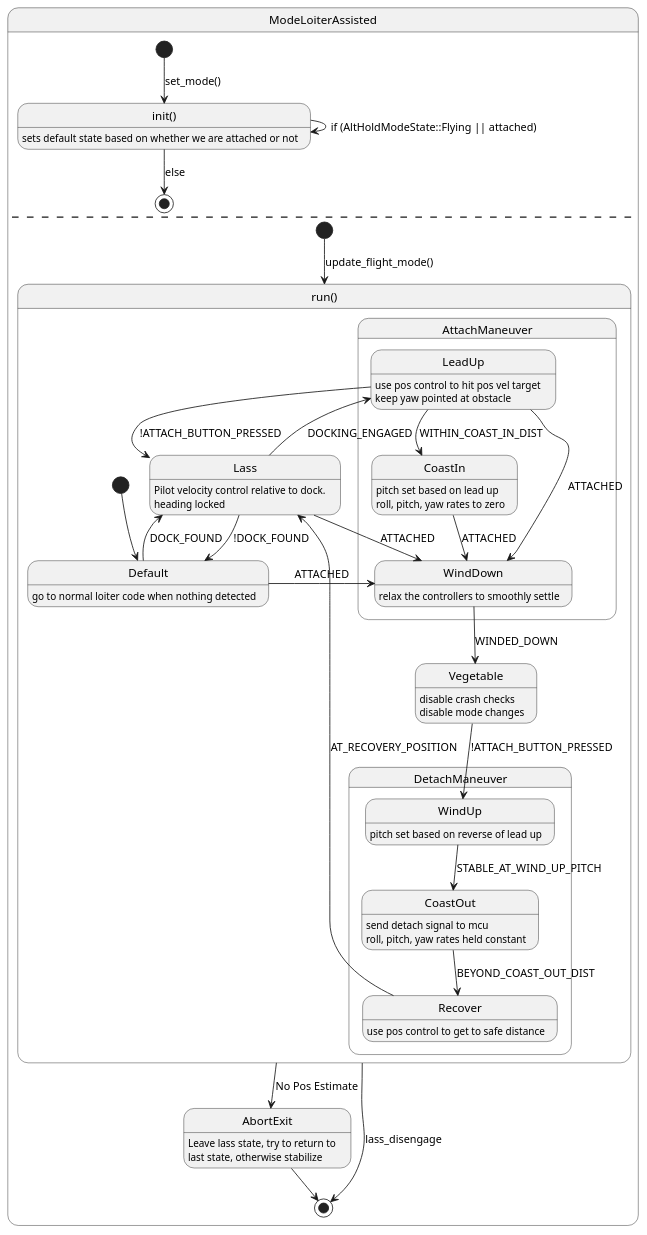
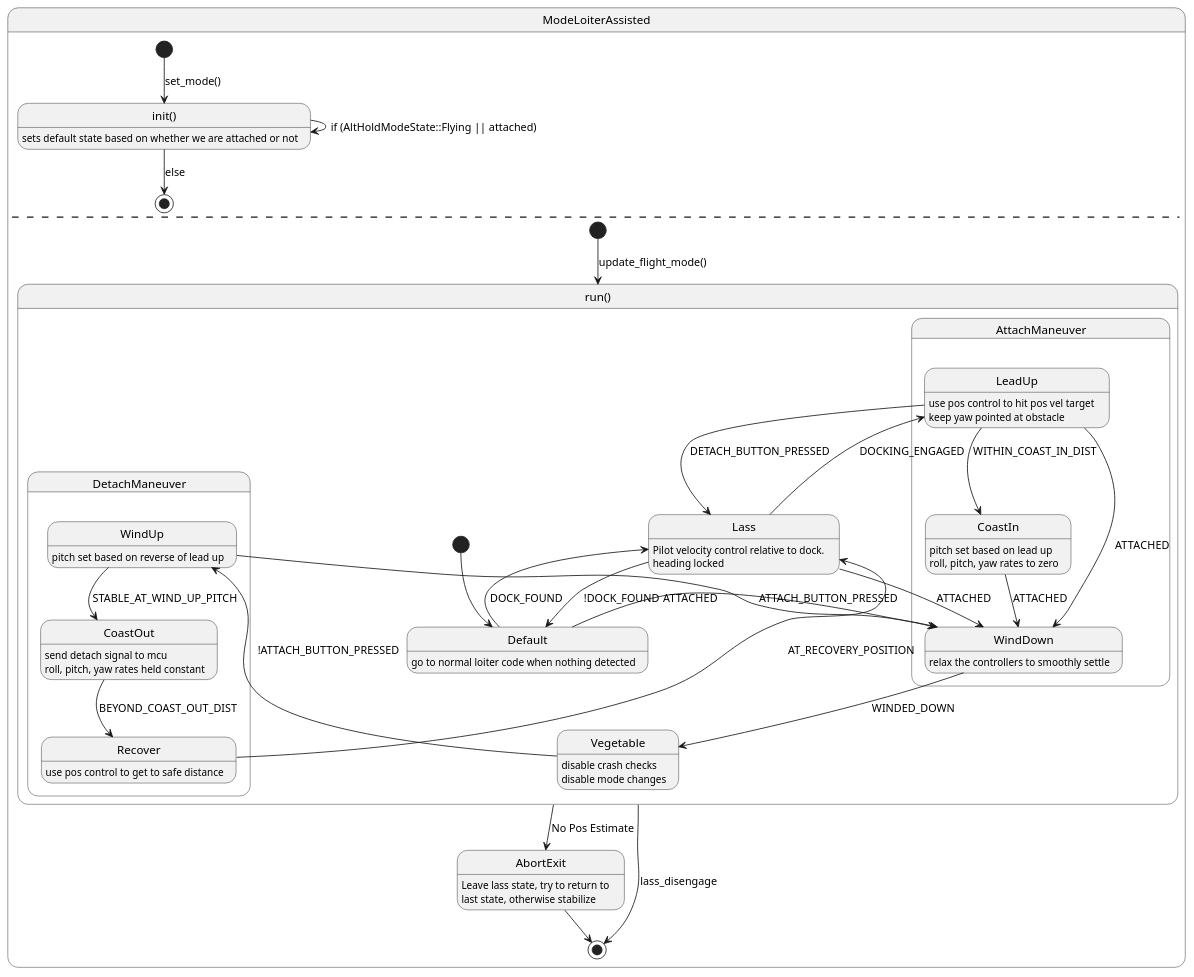
One commit to Persimia/ardupilot changed the diagram in notes/lass-state-machine.wsd. Above: the diagram before and after it, drawn with PlantUML. The commit also changed 1 other file, not shown here.

```diff
--- a/notes/lass-state-machine.wsd
+++ b/notes/lass-state-machine.wsd
@@ -1,94 +1,95 @@
 @startuml Lass State Machine
 
 
 state ModeLoiterAssisted {
 
 ' States
 state "init()" as init: \
 sets default state based on whether we are attached or not
 
 ' Transitions
 [*] --> init : set_mode()
 init --> [*] : else
 init --> init : if (AltHoldModeState::Flying || attached)
 
 ' ==========================
 --
 
 state "run()" as run{
 
 ' States
 state Lass: \
 Pilot velocity control relative to dock. \n\
 heading locked
 
 State AttachManeuver {
 State LeadUp: \
 use pos control to hit pos vel target \n\
 keep yaw pointed at obstacle
 
 State CoastIn: \
 pitch set based on lead up \n\
 roll, pitch, yaw rates to zero
 
 State WindDown: \
 relax the controllers to smoothly settle
 }
 
 
 state Vegetable: \
 disable crash checks \n\
 disable mode changes 
 
 State DetachManeuver {
 State WindUp: \
 pitch set based on reverse of lead up
 
 State CoastOut: \
 send detach signal to mcu \n\
 roll, pitch, yaw rates held constant
 
 State Recover: \
 use pos control to get to safe distance
 }
 
 State Default: \
 go to normal loiter code when nothing detected
 
 ' State Abort: \
 ' abort state to escape blade
 
 
 ' Transitions
 [*] --> Default
 Default --> Lass : DOCK_FOUND
 Default --> WindDown : ATTACHED
 Lass --> Default : !DOCK_FOUND
 Lass --> LeadUp : DOCKING_ENGAGED
 Lass --> WindDown : ATTACHED
 LeadUp --> CoastIn : WITHIN_COAST_IN_DIST
 LeadUp --> WindDown : ATTACHED
-LeadUp --> Lass : !ATTACH_BUTTON_PRESSED
+LeadUp --> Lass : DETACH_BUTTON_PRESSED
 CoastIn --> WindDown : ATTACHED
 ' CoastIn --> Abort : FALLING
 WindDown --> Vegetable : WINDED_DOWN
 ' WindDown --> Abort : FALLING
 Vegetable --> WindUp : !ATTACH_BUTTON_PRESSED
 WindUp --> CoastOut : STABLE_AT_WIND_UP_PITCH
+WindUp --> WindDown : ATTACH_BUTTON_PRESSED
 CoastOut --> Recover : BEYOND_COAST_OUT_DIST
 Recover --> Lass : AT_RECOVERY_POSITION
 }
 
 State AbortExit: \
 Leave lass state, try to return to \n\
 last state, otherwise stabilize
  
 [*] --> run : update_flight_mode()
 run --> [*] : lass_disengage
 run --> AbortExit : No Pos Estimate
 AbortExit --> [*]
 }
 
 
 
 @enduml
```
